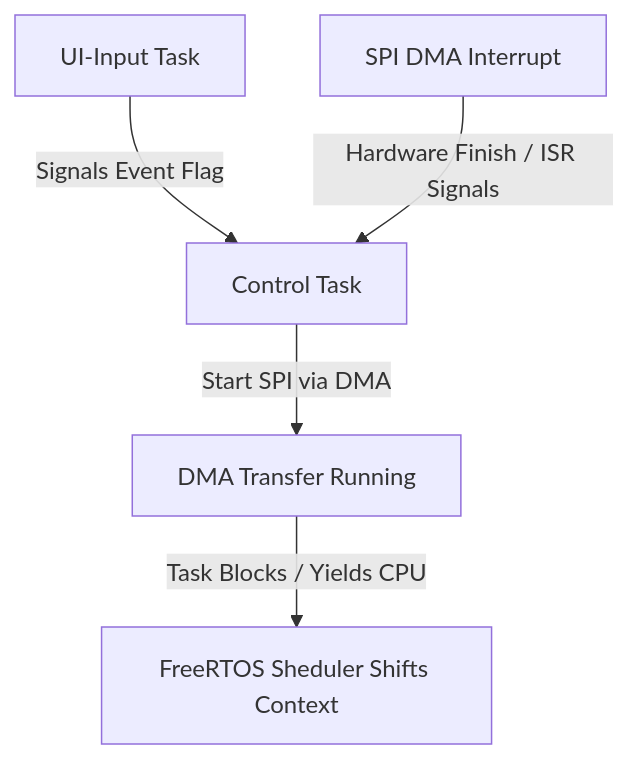
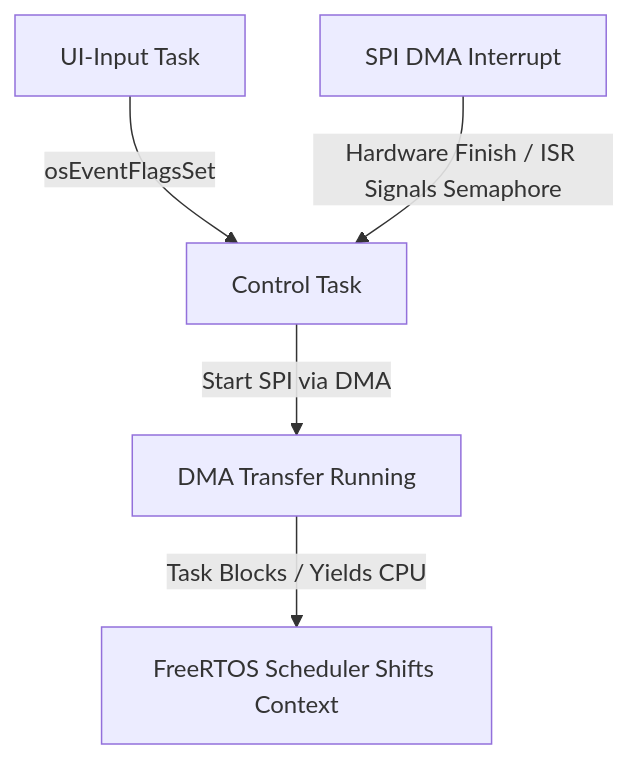
Before and after one commit to kuntzaxel43/WaveGenerator: the second of 3 diagrams in README.md, drawn with Mermaid. The commit also changed other lines of this file and 1 other file, not shown here.

````diff
--- a/README.md
+++ b/README.md
@@ -77,7 +75,7 @@
 ```mermaid
 graph TD
-    A[UI-Input Task] -->|Signals Event Flag| B[Control Task]
+    A[UI-Input Task] -->|osEventFlagsSet| B[Control Task]
     B -->|Start SPI via DMA| C[DMA Transfer Running]
-    C -->|Task Blocks / Yields CPU| D[FreeRTOS Sheduler Shifts Context]
-    E[SPI DMA Interrupt] -->|Hardware Finish / ISR Signals| B
+    C -->|Task Blocks / Yields CPU| D[FreeRTOS Scheduler Shifts Context]
+    E[SPI DMA Interrupt] -->|Hardware Finish / ISR Signals Semaphore| B
 ```
````
